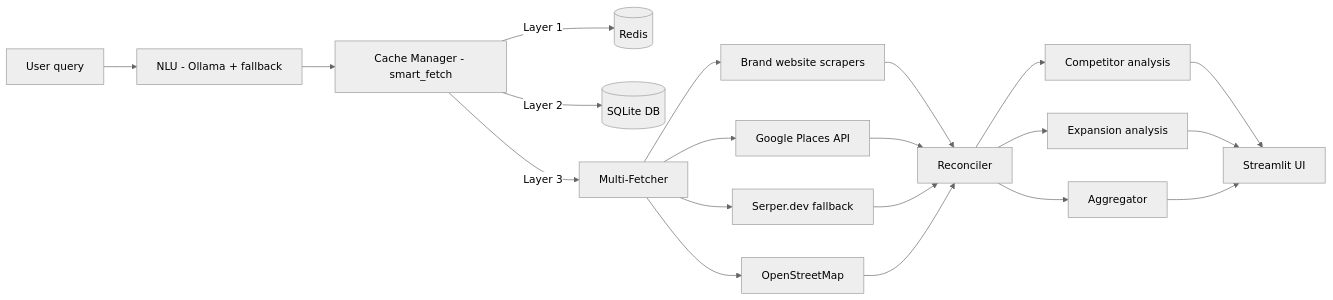
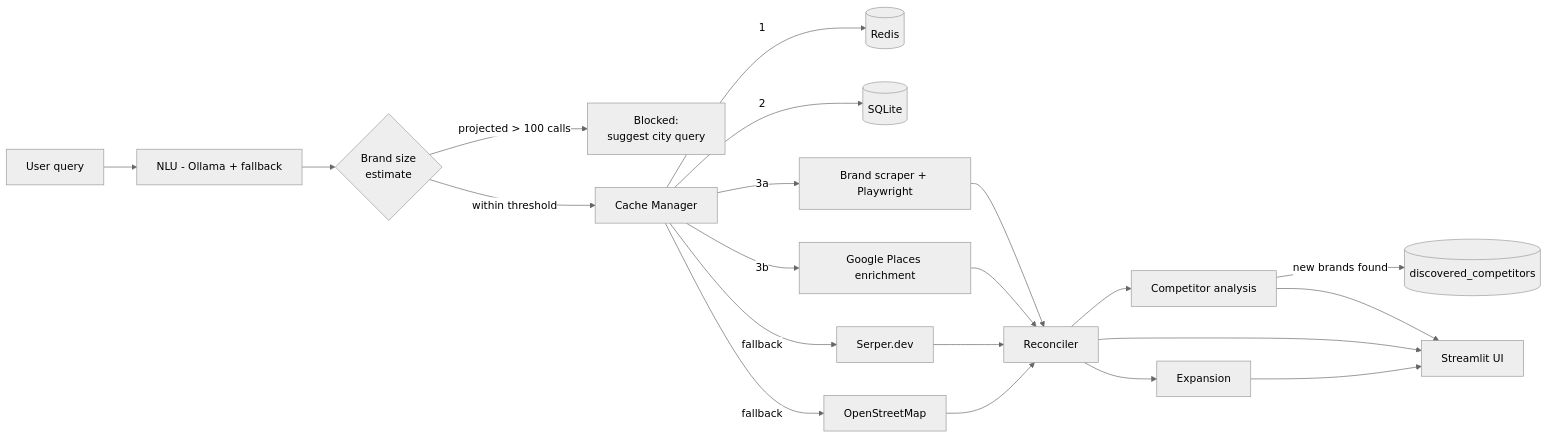
One commit to DivyashaAgrawal/location-intel changed the first of 3 diagrams in docs/architecture.md. Above: the diagram before and after it, drawn with Mermaid (neutral theme). The commit also changed other lines of this file and 10 other files, not shown here.

````diff
--- a/docs/architecture.md
+++ b/docs/architecture.md
@@ -16,17 +16,20 @@
 ```mermaid
 flowchart LR
     U[User query] --> N[NLU - Ollama + fallback]
-    N --> CM[Cache Manager - smart_fetch]
-    CM -->|Layer 1| R[(Redis)]
-    CM -->|Layer 2| DB[(SQLite DB)]
-    CM -->|Layer 3| MF[Multi-Fetcher]
-    MF --> BW[Brand website scrapers]
-    MF --> GP[Google Places API]
-    MF --> SP[Serper.dev fallback]
-    MF --> OSM[OpenStreetMap]
-    BW & GP & SP & OSM --> REC[Reconciler]
+    N --> BSE{Brand size<br/>estimate}
+    BSE -->|projected > 100 calls| BLOCK[Blocked:<br/>suggest city query]
+    BSE -->|within threshold| CM[Cache Manager]
+    CM -->|1| R[(Redis)]
+    CM -->|2| DB[(SQLite)]
+    CM -->|3a| BS[Brand scraper + Playwright]
+    CM -->|3b| GP[Google Places enrichment]
+    CM -->|fallback| SP[Serper.dev]
+    CM -->|fallback| OSM[OpenStreetMap]
+    BS --> REC[Reconciler]
+    GP --> REC
+    SP & OSM --> REC
     REC --> COMP[Competitor analysis]
-    REC --> EXP[Expansion analysis]
-    REC --> AGG[Aggregator]
-    COMP & EXP & AGG --> UI[Streamlit UI]
+    COMP -->|new brands found| DISC[(discovered_competitors)]
+    REC --> EXP[Expansion]
+    COMP & REC & EXP --> UI[Streamlit UI]
 ```
````
